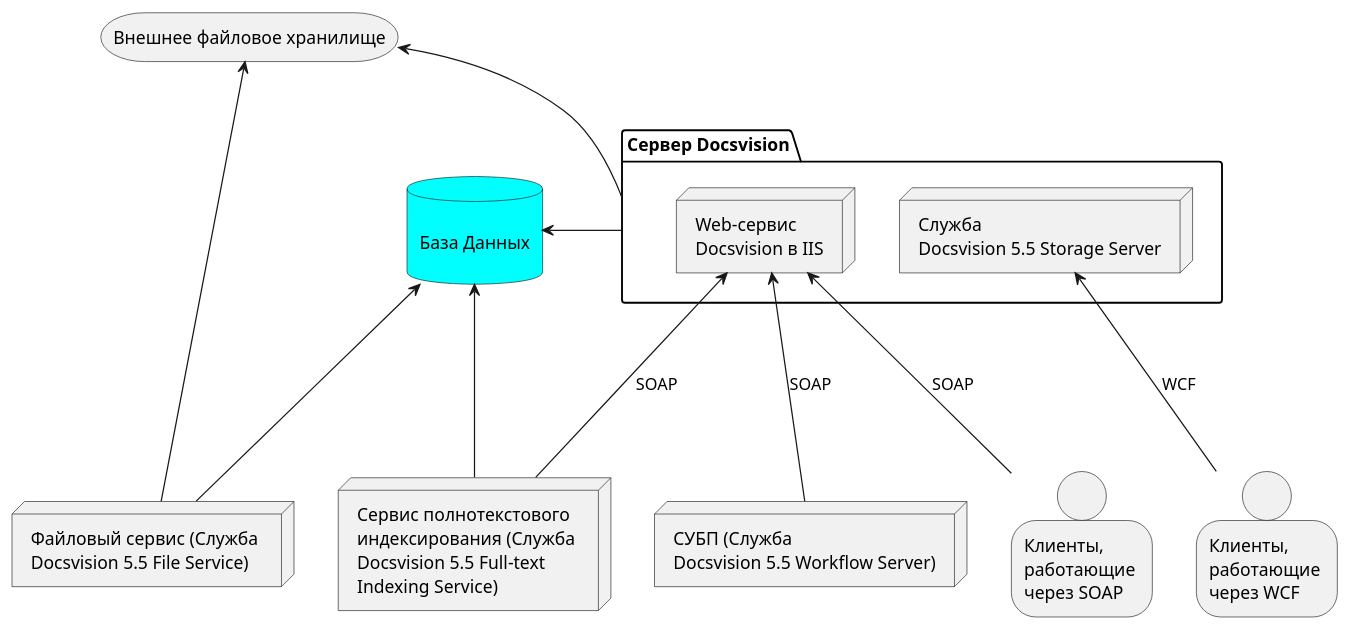
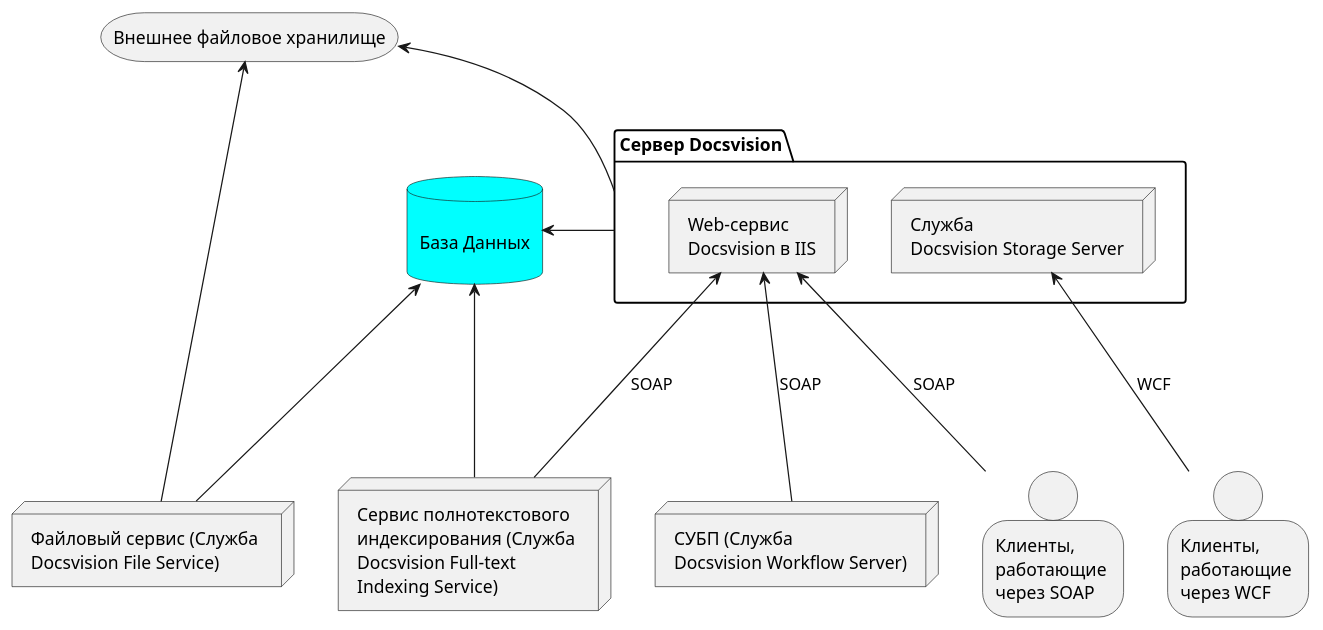
Before and after one commit to Docsvision/antora-playbook: the diagram in system-description/modules/ROOT/examples/coop.adoc, drawn with PlantUML. The commit also changed 1 other file, not shown here.

Commit message:
Правки версий, правки требований, чистка списка изменений

```diff
--- a/system-description/modules/ROOT/examples/coop.adoc
+++ b/system-description/modules/ROOT/examples/coop.adoc
@@ -2,38 +2,38 @@
 [plantuml, svg]
 ....
 @startuml
 
 skinparam databaseBackgroundColor Aqua
 
 database "\nБаза Данных\n" as db
 
 package "Сервер Docsvision" as server {
-    node "Служба \nDocsvision 5.5 Storage Server" as sss
+    node "Служба \nDocsvision Storage Server" as sss
     node "Web-сервис \nDocsvision в IIS" as iis
 }
 
 storage "Внешнее файловое хранилище" as ext
 
-node "Файловый сервис (Служба \nDocsvision 5.5 File Service)" as fileservice
+node "Файловый сервис (Служба \nDocsvision File Service)" as fileservice
 
-node "Сервис полнотекстового \nиндексирования (Служба \nDocsvision 5.5 Full-text \nIndexing Service)" as fulltext
+node "Сервис полнотекстового \nиндексирования (Служба \nDocsvision Full-text \nIndexing Service)" as fulltext
 
-node "СУБП (Служба \nDocsvision 5.5 Workflow Server)" as workflow
+node "СУБП (Служба \nDocsvision Workflow Server)" as workflow
 
 person "Клиенты, \nработающие \nчерез SOAP" as soap
 
 person "Клиенты, \nработающие \nчерез WCF" as wcf
 
 
 db <--- fulltext
 db <- server
 db <--- fileservice
 ext <---- fileservice
 ext <-- server
 iis <--- workflow : SOAP
 sss <--- wcf: WCF
 iis <--- soap : SOAP
 iis <--- fulltext : SOAP
 iis -[hidden]> sss
 @enduml
 ....
```
